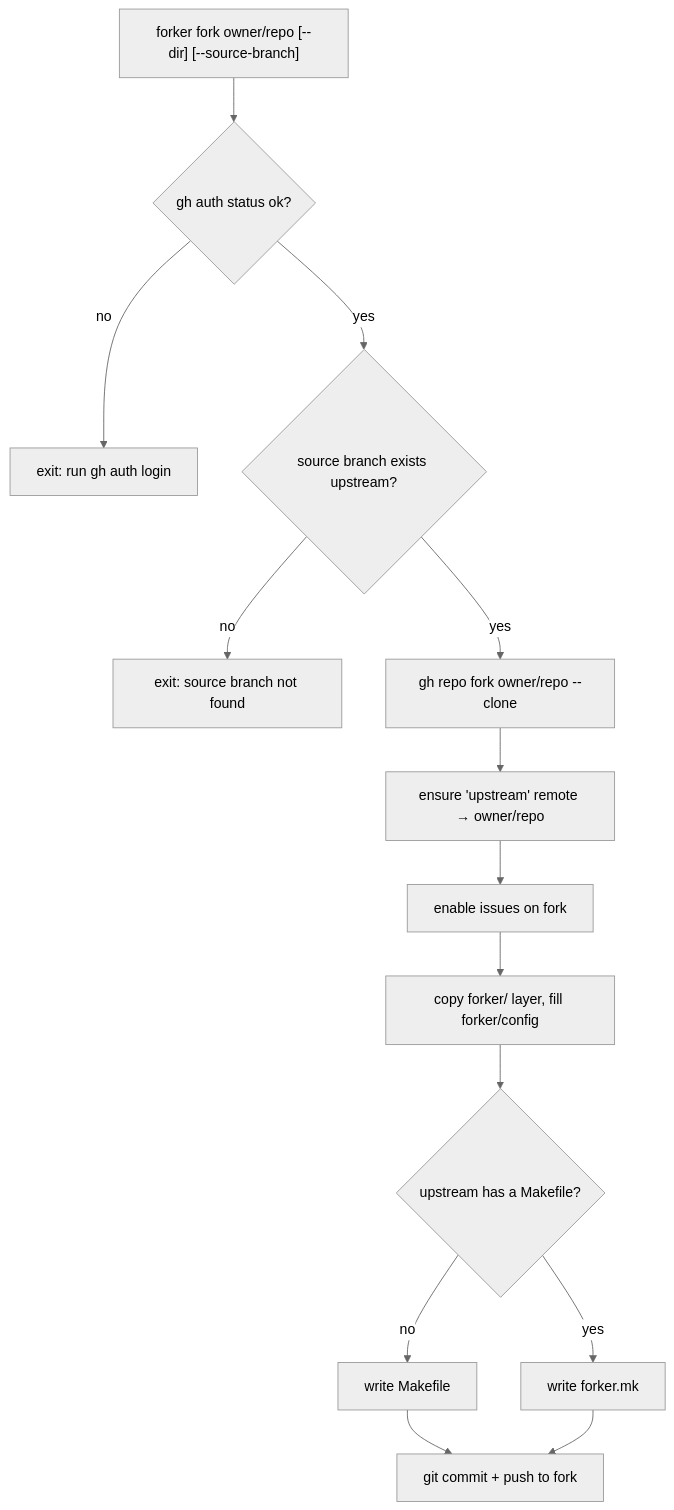
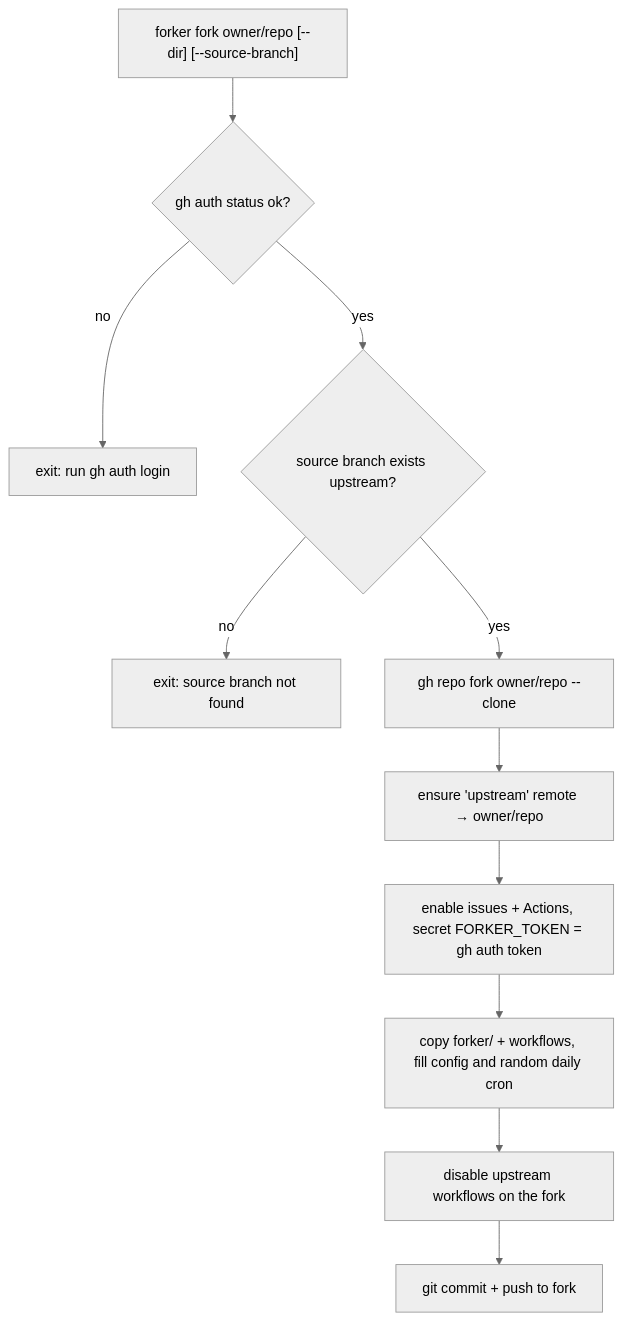
One commit to mchristoffers/forker changed the second of 4 diagrams in docs/logic.md. Above: the diagram before and after it, drawn with Mermaid (neutral theme). The commit also changed other lines of this file and 21 other files, not shown here.

First line of the commit message:
Build, release and update forks on GitHub Actions instead of local make

````diff
--- a/docs/logic.md
+++ b/docs/logic.md
@@ -27,15 +29,13 @@
 ```mermaid
 flowchart TD
   A["forker fork owner/repo [--dir] [--source-branch]"] --> B{gh auth status ok?}
   B -- no --> X[exit: run gh auth login]
   B -- yes --> SB{source branch exists upstream?}
   SB -- no --> X2[exit: source branch not found]
   SB -- yes --> C[gh repo fork owner/repo --clone]
   C --> D[ensure 'upstream' remote → owner/repo]
-  D --> E[enable issues on fork]
-  E --> G[copy forker/ layer, fill forker/config]
-  G --> H{upstream has a Makefile?}
-  H -- no --> M1[write Makefile]
-  H -- yes --> M2[write forker.mk]
-  M1 & M2 --> P[git commit + push to fork]
+  D --> E[enable issues + Actions, secret FORKER_TOKEN = gh auth token]
+  E --> G[copy forker/ + workflows, fill config and random daily cron]
+  G --> W[disable upstream workflows on the fork]
+  W --> P[git commit + push to fork]
 ```
````
